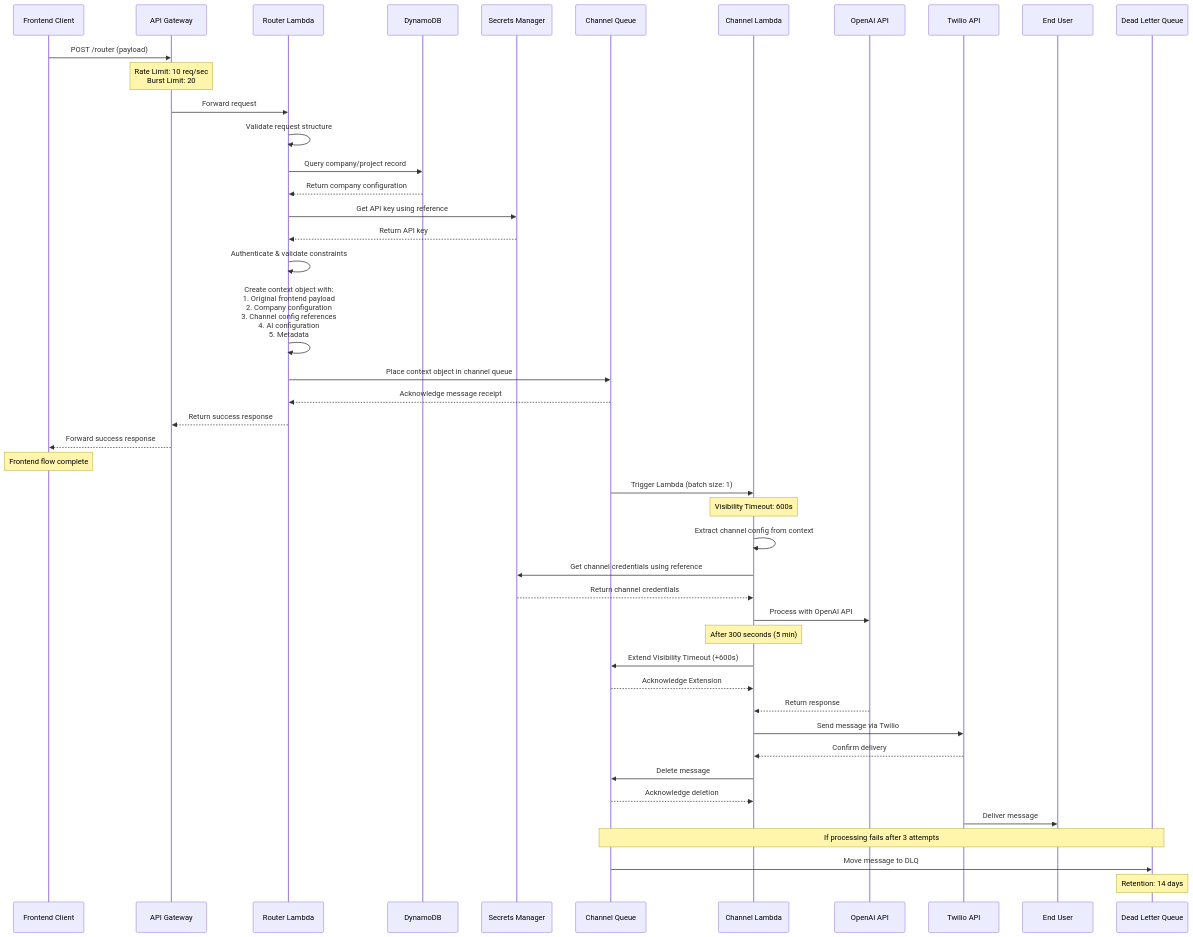
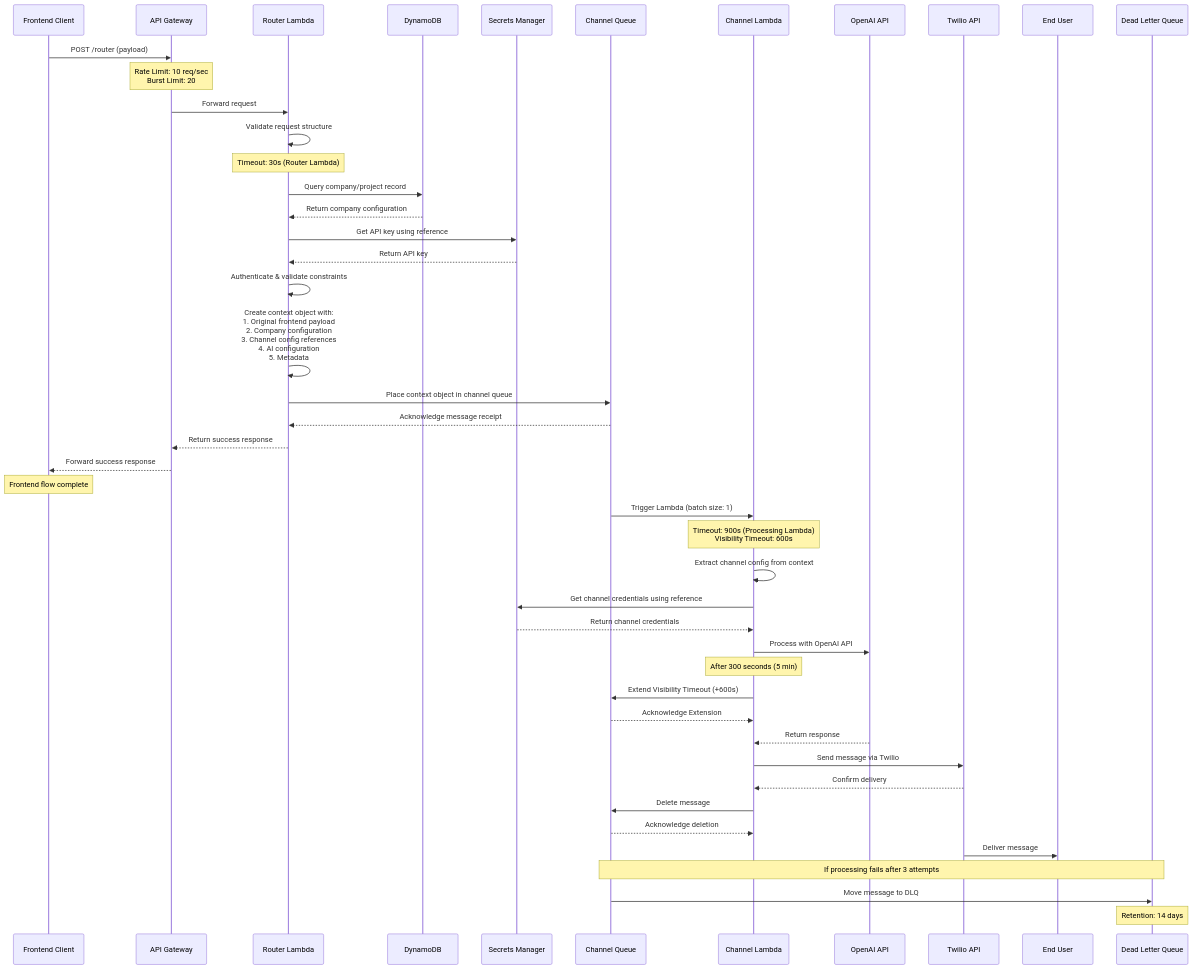
Before and after one commit to junksamiad/template-sender-engine: the third of 8 diagrams in hld/diagrams-v2.0.md, drawn with Mermaid. The commit also changed other lines of this file and 2 other files, not shown here.

Commit message:
Updated diagrams-v2.0.md to align with channel router documentation

````diff
--- a/hld/diagrams-v2.0.md
+++ b/hld/diagrams-v2.0.md
@@ -227,66 +227,67 @@
 ```mermaid
 sequenceDiagram
     participant Client as Frontend Client
     participant APIG as API Gateway
     participant Router as Router Lambda
     participant DDB as DynamoDB
     participant SM as Secrets Manager
     participant Queue as Channel Queue
     participant Lambda as Channel Lambda
     participant OpenAI as OpenAI API
     participant Twilio as Twilio API
     participant User as End User
     participant DLQ as Dead Letter Queue
     
     Client->>APIG: POST /router (payload)
     Note over APIG: Rate Limit: 10 req/sec<br/>Burst Limit: 20
     APIG->>Router: Forward request
     
     Router->>Router: Validate request structure
+    Note over Router: Timeout: 30s (Router Lambda)
     
     Router->>DDB: Query company/project record
     DDB-->>Router: Return company configuration
     
     Router->>SM: Get API key using reference
     SM-->>Router: Return API key
     
     Router->>Router: Authenticate & validate constraints
     
     Router->>Router: Create context object with:<br/>1. Original frontend payload<br/>2. Company configuration<br/>3. Channel config references<br/>4. AI configuration<br/>5. Metadata
     
     Router->>Queue: Place context object in channel queue
     Queue-->>Router: Acknowledge message receipt
     
     Router-->>APIG: Return success response
     APIG-->>Client: Forward success response
     
     Note over Client: Frontend flow complete
     
     Queue->>Lambda: Trigger Lambda (batch size: 1)
-    Note over Lambda: Visibility Timeout: 600s
+    Note over Lambda: Timeout: 900s (Processing Lambda)<br/>Visibility Timeout: 600s
     
     Lambda->>Lambda: Extract channel config from context
     
     Lambda->>SM: Get channel credentials using reference
     SM-->>Lambda: Return channel credentials
     
     Lambda->>OpenAI: Process with OpenAI API
     
     Note over Lambda: After 300 seconds (5 min)
     Lambda->>Queue: Extend Visibility Timeout (+600s)
     Queue-->>Lambda: Acknowledge Extension
     
     OpenAI-->>Lambda: Return response
     
     Lambda->>Twilio: Send message via Twilio
     Twilio-->>Lambda: Confirm delivery
     
     Lambda->>Queue: Delete message
     Queue-->>Lambda: Acknowledge deletion
     
     Twilio->>User: Deliver message
     
     Note over Queue,DLQ: If processing fails after 3 attempts
     Queue->>DLQ: Move message to DLQ
     Note over DLQ: Retention: 14 days
 ```
````
